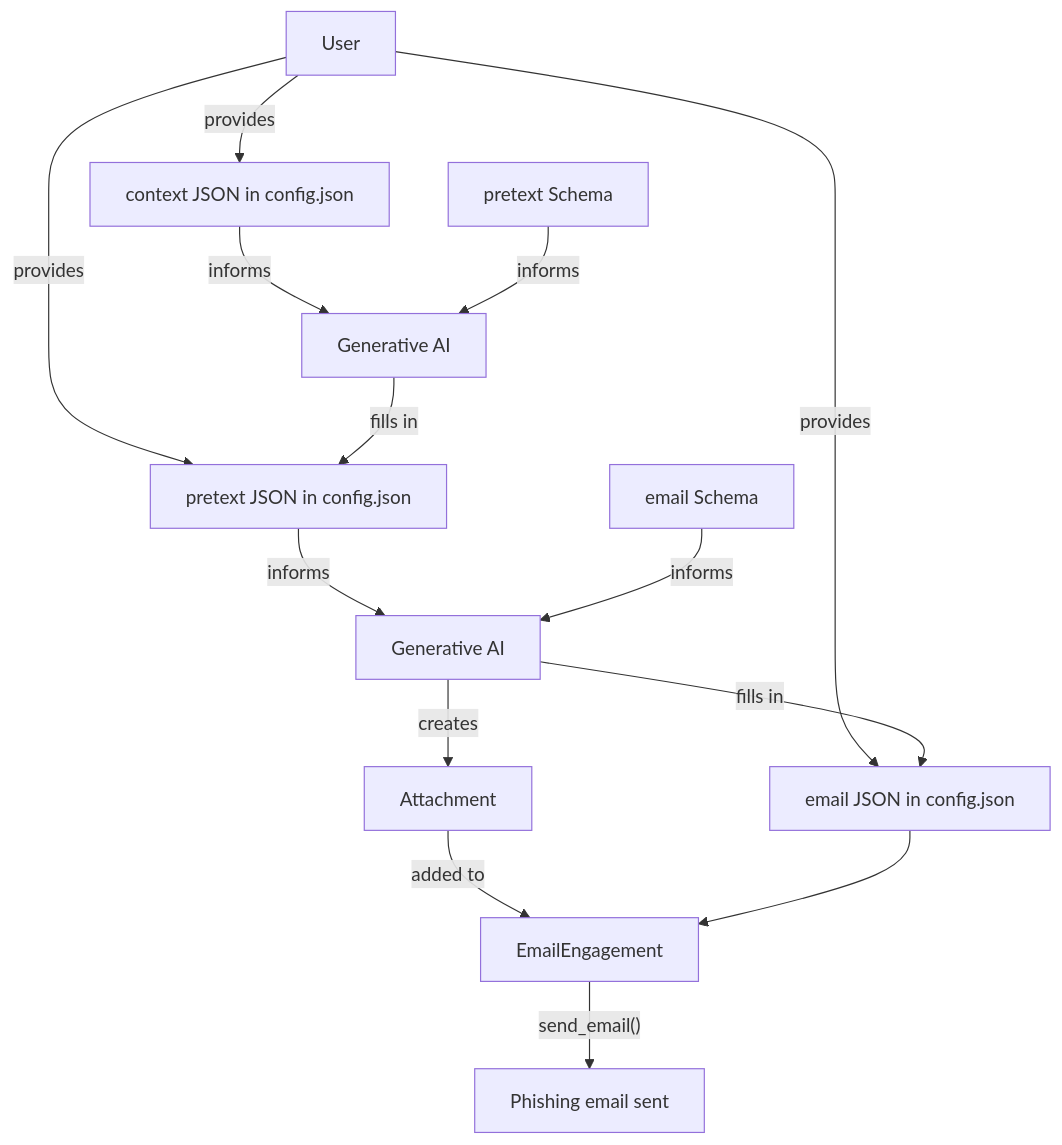
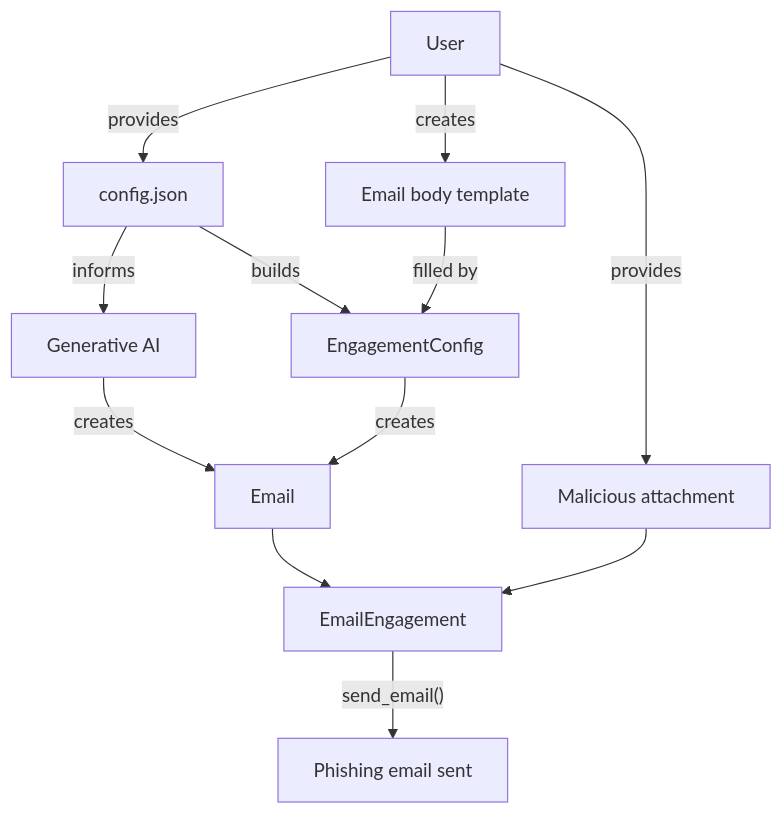
One commit to ropbear/ophishal changed the diagram in README.md. Above: the diagram before and after it, drawn with Mermaid. The commit also changed other lines of this file and 6 other files, not shown here.

Commit message:
adding ability to use genai to create email body

````diff
--- a/README.md
+++ b/README.md
@@ -39,37 +38,26 @@
 ```mermaid
 flowchart TD
-    ContextConfig["context JSON in config.json"]
-    PretextConfig["pretext JSON in config.json"]
-    EngagementConfig["email JSON in config.json"]
-
-    PretextSchema["pretext Schema"]
-    EmailEngagementSchema["email Schema"]
+    Config["config.json"]
 
     User["User"]
-    PtxGenAI["Generative AI"]
-    EngGenAI["Generative AI"]
+    GenAI["Generative AI"]
     EmailEngagement["EmailEngagement"]
-    AttachmentTemplate["Attachment"]
+    Email["Email"]
     SendEmail["Phishing email sent"]
+	Template["Email body template"]
+	Attachment["Malicious attachment"]
 
-    User -- provides --> ContextConfig
-    User -- provides --> PretextConfig
-    User -- provides --> EngagementConfig
+    User -- provides --> Config
+    Config -- informs --> GenAI
+	User -- creates --> Template
+	User -- provides --> Attachment
+	
+	Config -- builds --> EngagementConfig
+	Template -- filled by --> EngagementConfig
 
-    ContextConfig -- informs --> PtxGenAI
-    PretextSchema -- informs --> PtxGenAI
-
-    PtxGenAI -- fills in --> PretextConfig
-
-    PretextConfig -- informs --> EngGenAI
-    EmailEngagementSchema -- informs --> EngGenAI
-
-
-    EngGenAI -- fills in --> EngagementConfig
-    EngGenAI -- creates --> AttachmentTemplate
-
-    AttachmentTemplate -- added to --> EmailEngagement
-    EngagementConfig --> EmailEngagement
-    
+    GenAI -- creates --> Email
+    EngagementConfig -- creates --> Email
+    Email --> EmailEngagement
+    Attachment --> EmailEngagement
     EmailEngagement -- send_email() --> SendEmail
 ```
````
